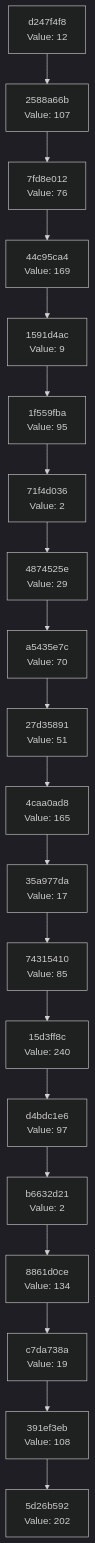
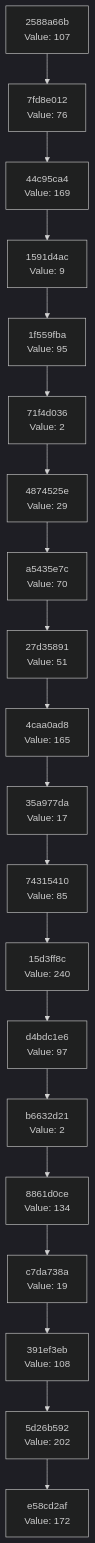
One commit to Abhisheksinha1506/hash-chain-evolver changed the diagram in docs/CHAIN_VISUALIZATION.md. Above: the diagram before and after it, drawn with Mermaid (dark theme). The commit also changed 2 other files, not shown here.

Commit message:
Evolution step: hash 0xAC → action executed

````diff
--- a/docs/CHAIN_VISUALIZATION.md
+++ b/docs/CHAIN_VISUALIZATION.md
@@ -3,42 +3,42 @@
 ```mermaid
 graph TD
-    C0["5d26b592<br/>Value: 202"]
-    C1["391ef3eb<br/>Value: 108"]
+    C0["e58cd2af<br/>Value: 172"]
+    C1["5d26b592<br/>Value: 202"]
     C1 --> C0
-    C2["c7da738a<br/>Value: 19"]
+    C2["391ef3eb<br/>Value: 108"]
     C2 --> C1
-    C3["8861d0ce<br/>Value: 134"]
+    C3["c7da738a<br/>Value: 19"]
     C3 --> C2
-    C4["b6632d21<br/>Value: 2"]
+    C4["8861d0ce<br/>Value: 134"]
     C4 --> C3
-    C5["d4bdc1e6<br/>Value: 97"]
+    C5["b6632d21<br/>Value: 2"]
     C5 --> C4
-    C6["15d3ff8c<br/>Value: 240"]
+    C6["d4bdc1e6<br/>Value: 97"]
     C6 --> C5
-    C7["74315410<br/>Value: 85"]
+    C7["15d3ff8c<br/>Value: 240"]
     C7 --> C6
-    C8["35a977da<br/>Value: 17"]
+    C8["74315410<br/>Value: 85"]
     C8 --> C7
-    C9["4caa0ad8<br/>Value: 165"]
+    C9["35a977da<br/>Value: 17"]
     C9 --> C8
-    C10["27d35891<br/>Value: 51"]
+    C10["4caa0ad8<br/>Value: 165"]
     C10 --> C9
-    C11["a5435e7c<br/>Value: 70"]
+    C11["27d35891<br/>Value: 51"]
     C11 --> C10
-    C12["4874525e<br/>Value: 29"]
+    C12["a5435e7c<br/>Value: 70"]
     C12 --> C11
-    C13["71f4d036<br/>Value: 2"]
+    C13["4874525e<br/>Value: 29"]
     C13 --> C12
-    C14["1f559fba<br/>Value: 95"]
+    C14["71f4d036<br/>Value: 2"]
     C14 --> C13
-    C15["1591d4ac<br/>Value: 9"]
+    C15["1f559fba<br/>Value: 95"]
     C15 --> C14
-    C16["44c95ca4<br/>Value: 169"]
+    C16["1591d4ac<br/>Value: 9"]
     C16 --> C15
-    C17["7fd8e012<br/>Value: 76"]
+    C17["44c95ca4<br/>Value: 169"]
     C17 --> C16
-    C18["2588a66b<br/>Value: 107"]
+    C18["7fd8e012<br/>Value: 76"]
     C18 --> C17
-    C19["d247f4f8<br/>Value: 12"]
+    C19["2588a66b<br/>Value: 107"]
     C19 --> C18
 ```
````
